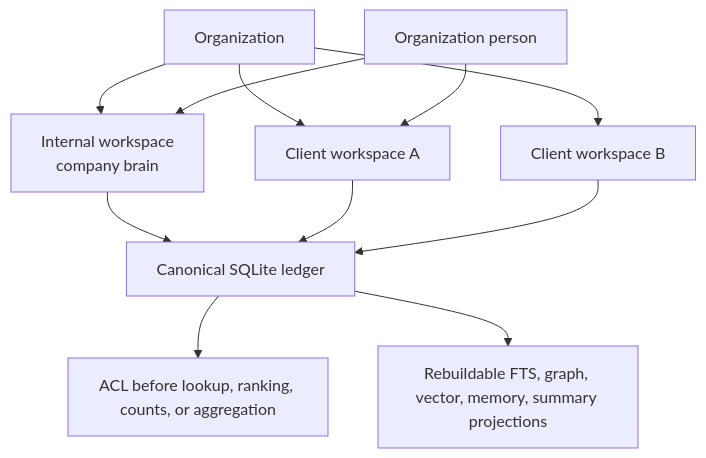
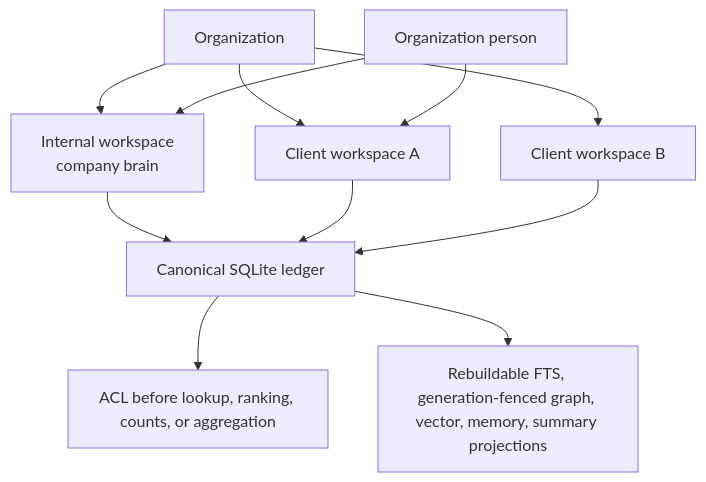
The first of 6 diagrams in README.md (wasayijaz/Auremgrid-Company-OS), drawn with Mermaid before and after one commit. The commit also changed other lines of this file and 16 other files, not shown here.

Commit message:
feat(brain): add fenced graph projections

````diff
--- a/README.md
+++ b/README.md
@@ -71,13 +71,13 @@
 ```mermaid
 graph TD
     O[Organization] --> I[Internal workspace<br/>company brain]
     O --> C1[Client workspace A]
     O --> C2[Client workspace B]
     P[Organization person] --> I
     P --> C1
     I --> L[Canonical SQLite ledger]
     C1 --> L
     C2 --> L
     L --> ACL[ACL before lookup, ranking, counts, or aggregation]
-    L --> PROJ[Rebuildable FTS, graph, vector, memory, summary projections]
+    L --> PROJ[Rebuildable FTS, generation-fenced graph, vector, memory, summary projections]
 ```
````
